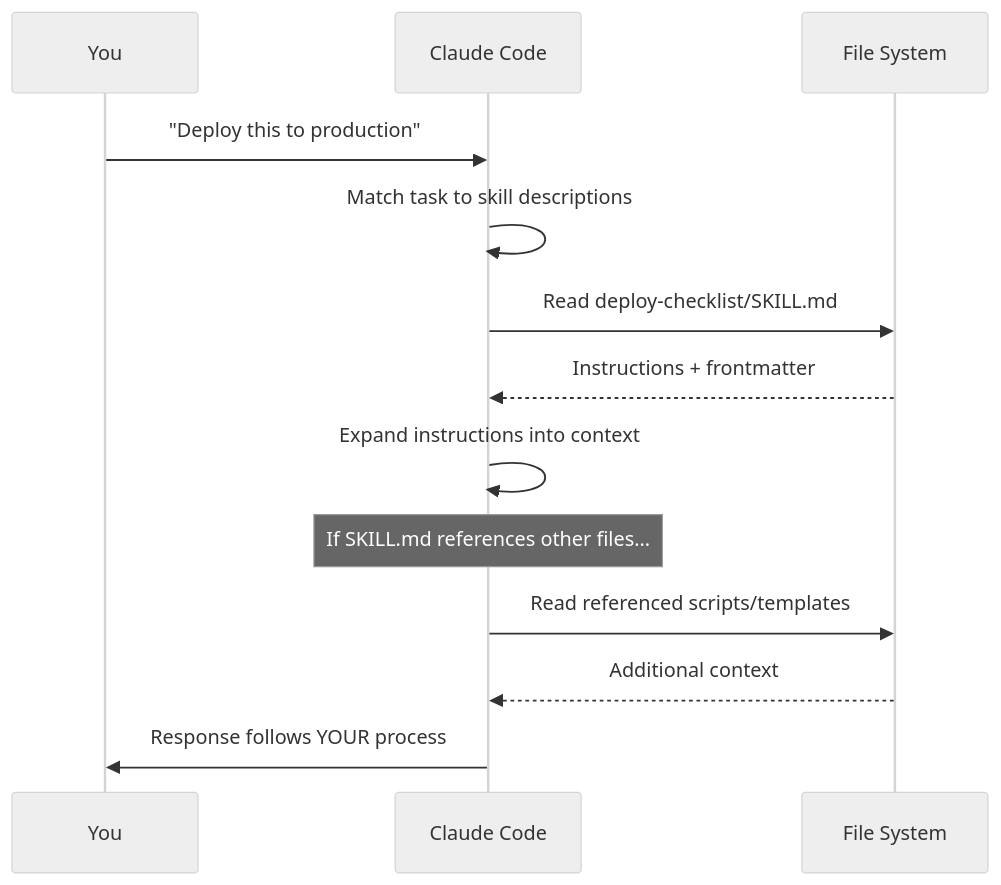
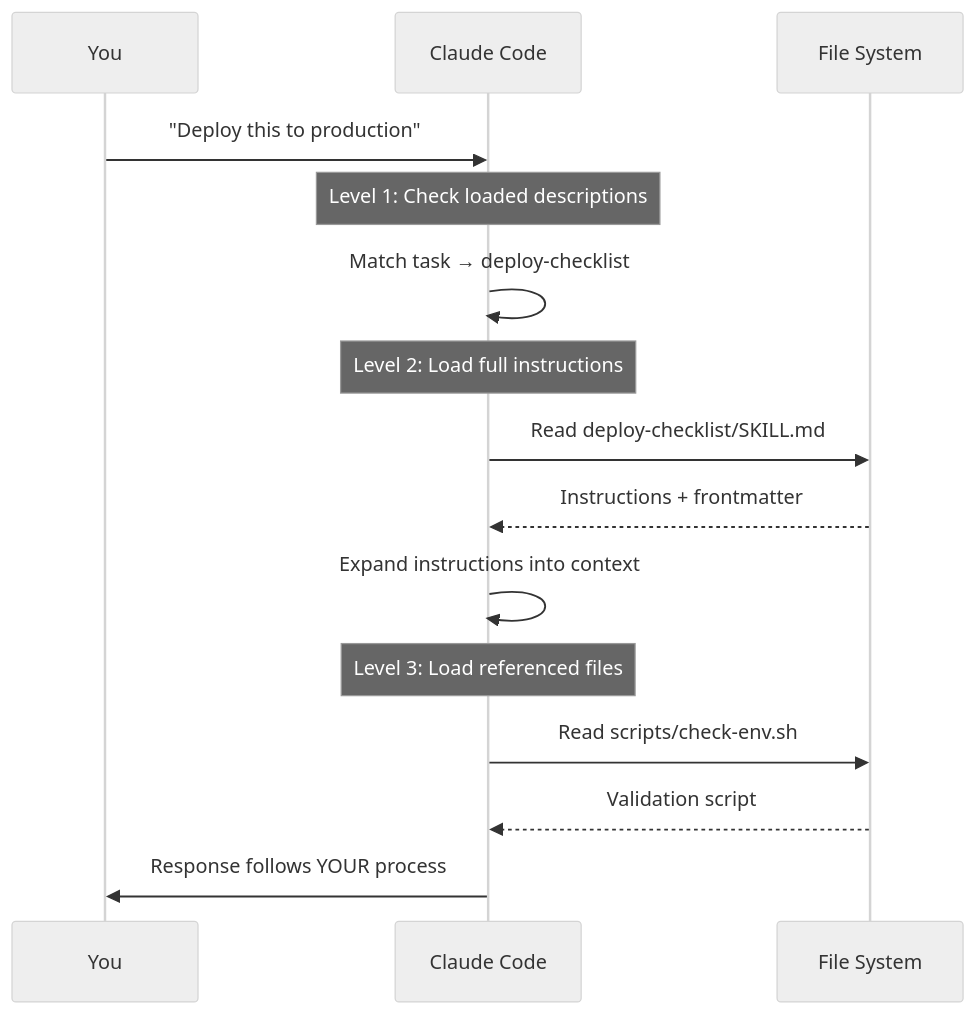
One commit to ChrisTowles/blog changed the second of 2 diagrams in packages/blog/content/2.blog/20260221.claude-code-skills-guide.md. Above: the diagram before and after it, drawn with Mermaid (neutral theme). The commit also changed other lines of this file, not shown here.

````diff
--- a/packages/blog/content/2.blog/20260221.claude-code-skills-guide.md
+++ b/packages/blog/content/2.blog/20260221.claude-code-skills-guide.md
@@ -98,16 +111,18 @@
 ```mermaid
 sequenceDiagram
     participant U as You
     participant C as Claude Code
     participant FS as File System
 
     U->>C: "Deploy this to production"
-    C->>C: Match task to skill descriptions
+    Note over C: Level 1: Check loaded descriptions
+    C->>C: Match task → deploy-checklist
+    Note over C: Level 2: Load full instructions
     C->>FS: Read deploy-checklist/SKILL.md
     FS-->>C: Instructions + frontmatter
     C->>C: Expand instructions into context
-    Note over C: If SKILL.md references other files...
-    C->>FS: Read referenced scripts/templates
-    FS-->>C: Additional context
+    Note over C: Level 3: Load referenced files
+    C->>FS: Read scripts/check-env.sh
+    FS-->>C: Validation script
     C->>U: Response follows YOUR process
 ```
````
